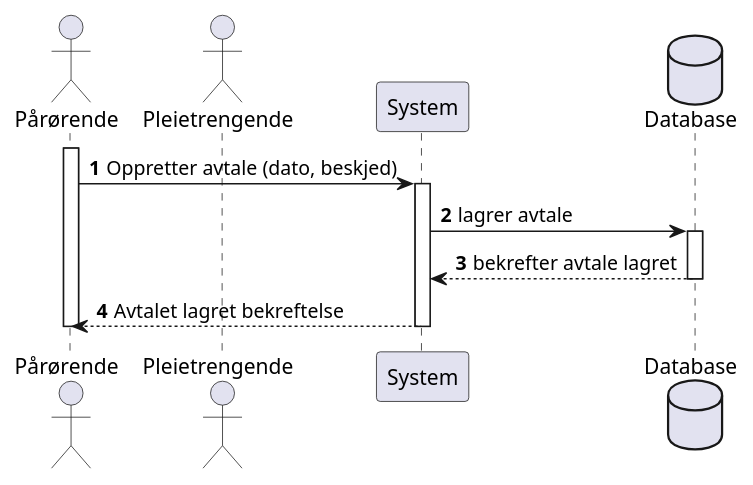
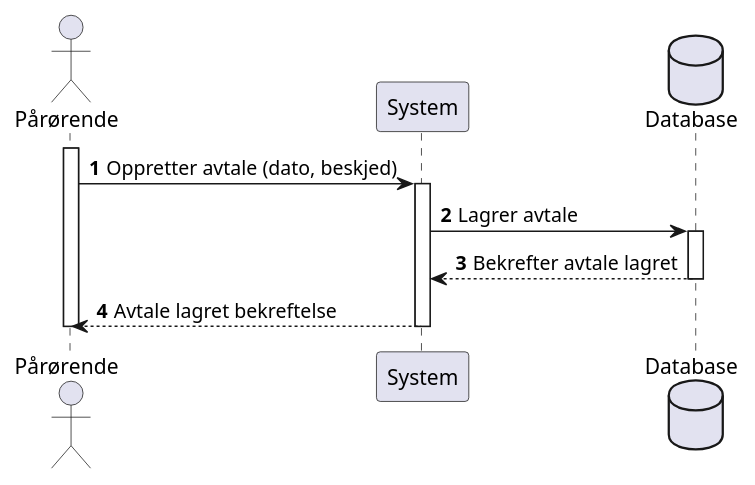
The diagram in Diagram/avtaler.puml (EvryShadeofBlue/SET-utiviklingsprosjekt-Gruppe5), drawn with PlantUML before and after one commit.

Commit message:
changed the sequence diagram for creating an avtale

```diff
--- a/Diagram/avtaler.puml
+++ b/Diagram/avtaler.puml
@@ -1,22 +1,17 @@
 @startuml
-'https://plantuml.com/sequence-diagram
 autonumber
-actor Pårørende as pårørende
-actor Pleietrengende as pleietrengende
+actor Pårørende as parorende
 participant System as system
 database Database as db
 
-
-activate pårørende
-pårørende -> system:Oppretter avtale (dato, beskjed)
+activate parorende
+parorende -> system: Oppretter avtale (dato, beskjed)
 activate system
-system -> db: lagrer avtale
+system -> db: Lagrer avtale
 activate db
-db --> system: bekrefter avtale lagret
+db --> system: Bekrefter avtale lagret
 deactivate db
-system --> pårørende: Avtalet lagret bekreftelse
+system --> parorende: Avtale lagret bekreftelse
 deactivate system
-
-deactivate pårørende
-
+deactivate parorende
 @enduml
```
